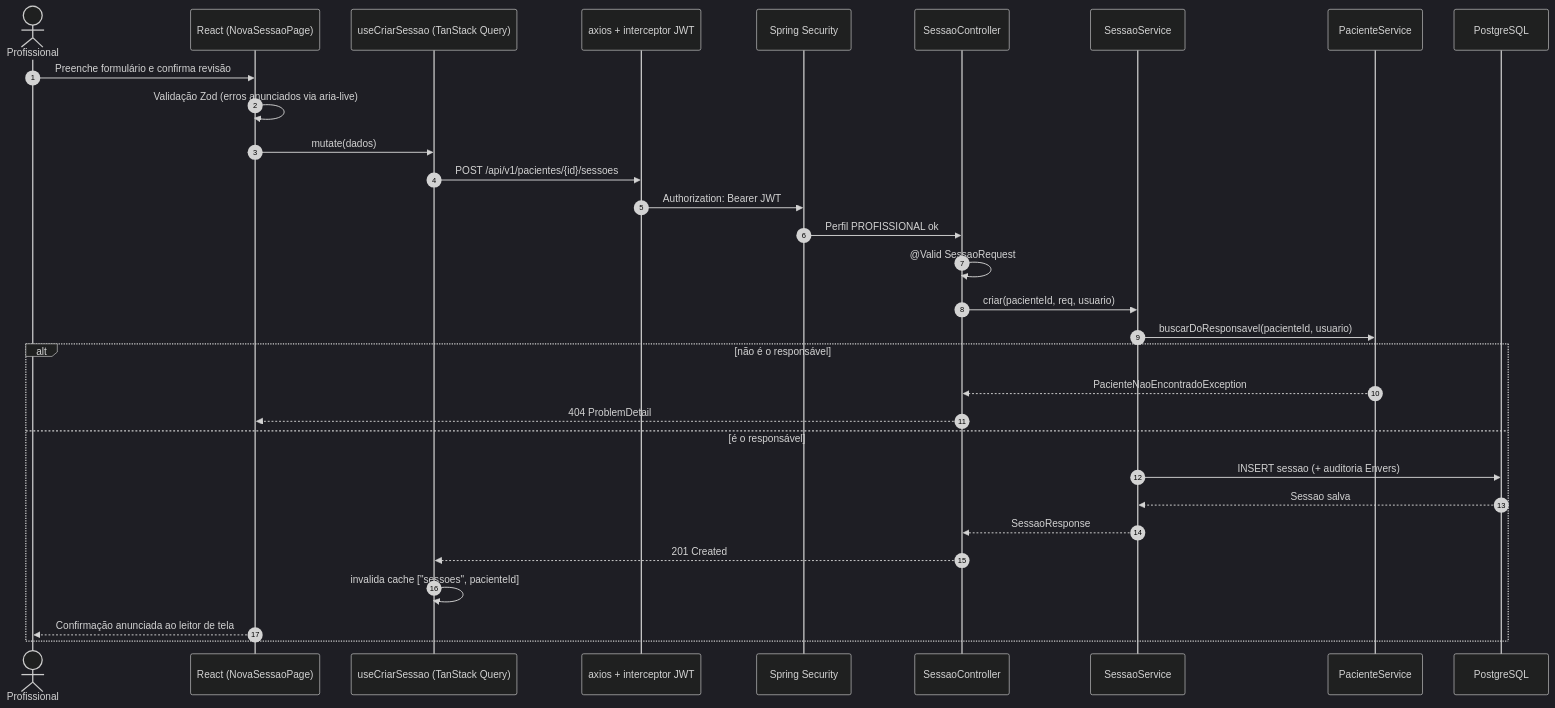
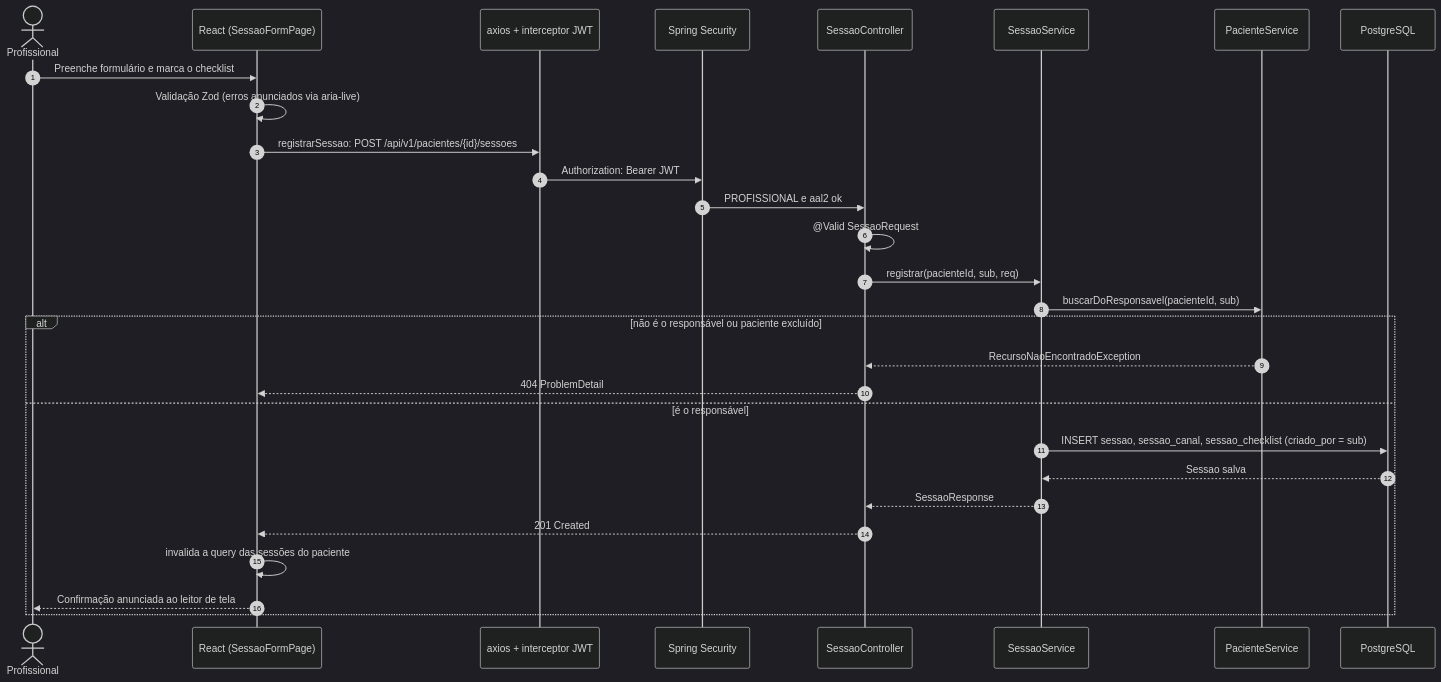
The fifth of 7 diagrams in backend/README.md (eksdat/tens-fes-web), drawn with Mermaid (dark theme) before and after one commit. The commit also changed other lines of this file and 6 other files, not shown here.

````diff
--- a/backend/README.md
+++ b/backend/README.md
@@ -646,34 +596,32 @@
 ```mermaid
 sequenceDiagram
     autonumber
     actor P as Profissional
-    participant UI as React (NovaSessaoPage)
-    participant Hook as useCriarSessao (TanStack Query)
+    participant UI as React (SessaoFormPage)
     participant Api as axios + interceptor JWT
     participant Sec as Spring Security
     participant C as SessaoController
     participant S as SessaoService
     participant PS as PacienteService
     participant DB as PostgreSQL
 
-    P->>UI: Preenche formulário e confirma revisão
+    P->>UI: Preenche formulário e marca o checklist
     UI->>UI: Validação Zod (erros anunciados via aria-live)
-    UI->>Hook: mutate(dados)
-    Hook->>Api: POST /api/v1/pacientes/{id}/sessoes
+    UI->>Api: registrarSessao: POST /api/v1/pacientes/{id}/sessoes
     Api->>Sec: Authorization: Bearer JWT
-    Sec->>C: Perfil PROFISSIONAL ok
+    Sec->>C: PROFISSIONAL e aal2 ok
     C->>C: @Valid SessaoRequest
-    C->>S: criar(pacienteId, req, usuario)
-    S->>PS: buscarDoResponsavel(pacienteId, usuario)
-    alt não é o responsável
-        PS-->>C: PacienteNaoEncontradoException
+    C->>S: registrar(pacienteId, sub, req)
+    S->>PS: buscarDoResponsavel(pacienteId, sub)
+    alt não é o responsável ou paciente excluído
+        PS-->>C: RecursoNaoEncontradoException
         C-->>UI: 404 ProblemDetail
     else é o responsável
-        S->>DB: INSERT sessao (+ auditoria Envers)
+        S->>DB: INSERT sessao, sessao_canal, sessao_checklist (criado_por = sub)
         DB-->>S: Sessao salva
         S-->>C: SessaoResponse
-        C-->>Hook: 201 Created
-        Hook->>Hook: invalida cache ["sessoes", pacienteId]
+        C-->>UI: 201 Created
+        UI->>UI: invalida a query das sessões do paciente
         UI-->>P: Confirmação anunciada ao leitor de tela
     end
 ```
````
